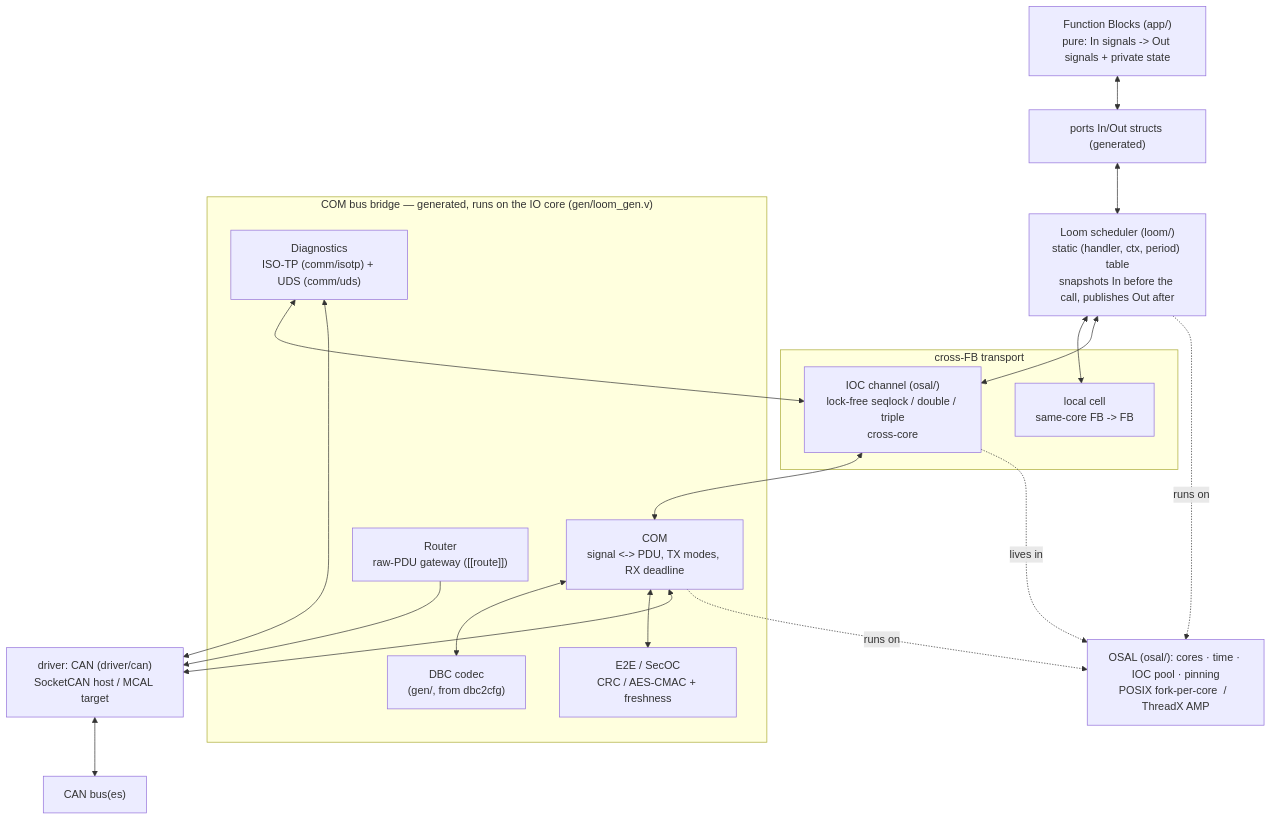
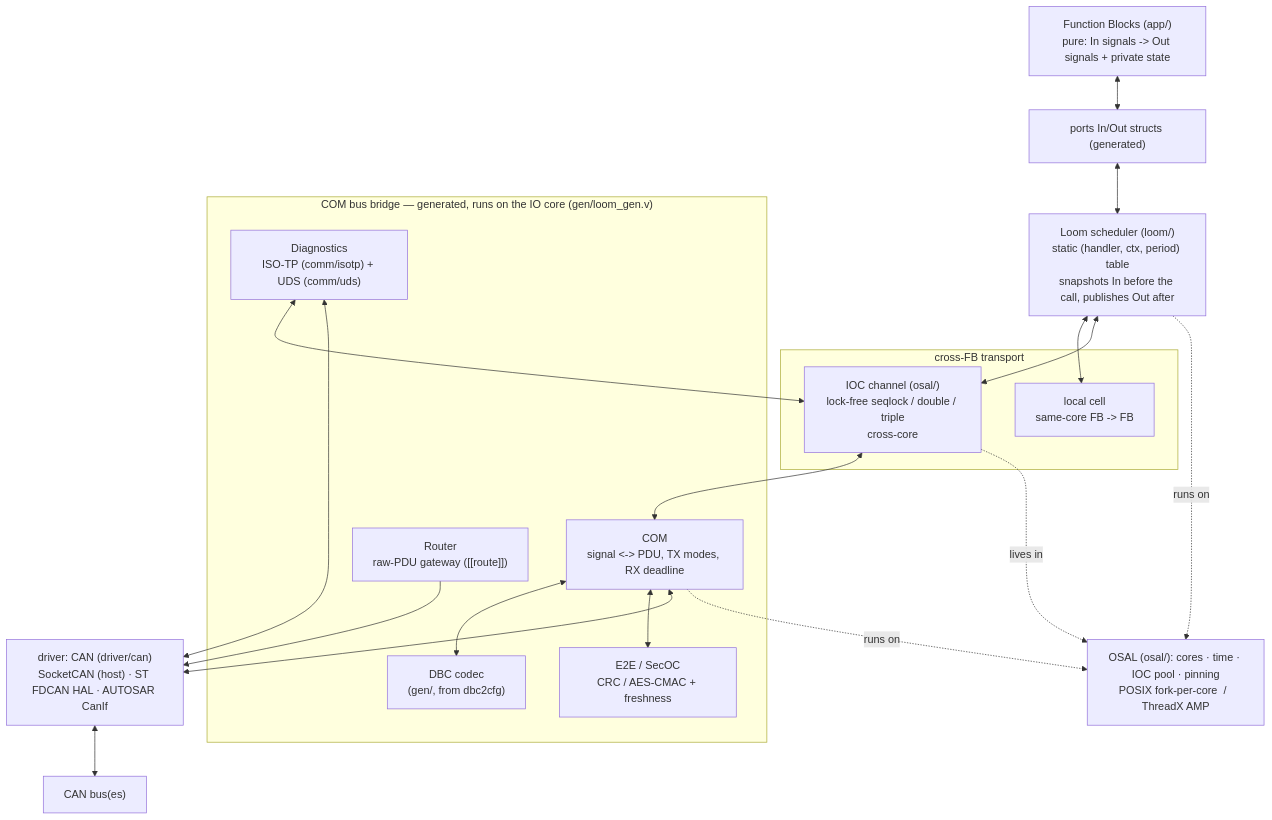
One commit to MartenH/blobly_emb changed the first of 3 diagrams in docs/architecture.md. Above: the diagram before and after it, drawn with Mermaid. The commit also changed other lines of this file and 11 other files, not shown here.

````diff
--- a/docs/architecture.md
+++ b/docs/architecture.md
@@ -10,40 +10,40 @@
 ```mermaid
 graph TB
   FB["Function Blocks (app/)<br/>pure: In signals -> Out signals + private state"]
   PORTS["ports In/Out structs (generated)"]
   LOOM["Loom scheduler (loom/)<br/>static (handler, ctx, period) table<br/>snapshots In before the call, publishes Out after"]
 
   subgraph xport["cross-FB transport"]
     CELL["local cell<br/>same-core FB -> FB"]
     IOC["IOC channel (osal/)<br/>lock-free seqlock / double / triple<br/>cross-core"]
   end
 
   subgraph bridge["COM bus bridge — generated, runs on the IO core (gen/loom_gen.v)"]
     COM["COM<br/>signal <-> PDU, TX modes, RX deadline"]
     CODEC["DBC codec<br/>(gen/, from dbc2cfg)"]
     PROT["E2E / SecOC<br/>CRC / AES-CMAC + freshness"]
     ROUTE["Router<br/>raw-PDU gateway ([[route]])"]
     DIAG["Diagnostics<br/>ISO-TP (comm/isotp) + UDS (comm/uds)"]
   end
 
-  DRV["driver: CAN (driver/can)<br/>SocketCAN host / MCAL target"]
+  DRV["driver: CAN (driver/can)<br/>SocketCAN (host) · ST FDCAN HAL · AUTOSAR CanIf"]
   BUS["CAN bus(es)"]
   OSAL["OSAL (osal/): cores · time · IOC pool · pinning<br/>POSIX fork-per-core  /  ThreadX AMP"]
 
   FB <--> PORTS
   PORTS <--> LOOM
   LOOM <--> CELL
   LOOM <--> IOC
   IOC <--> COM
   COM <--> CODEC
   COM <--> PROT
   COM <--> DRV
   ROUTE --> DRV
   DIAG <--> IOC
   DIAG <--> DRV
   DRV <--> BUS
 
   LOOM -. runs on .-> OSAL
   COM -. runs on .-> OSAL
   IOC -. lives in .-> OSAL
 ```
````
